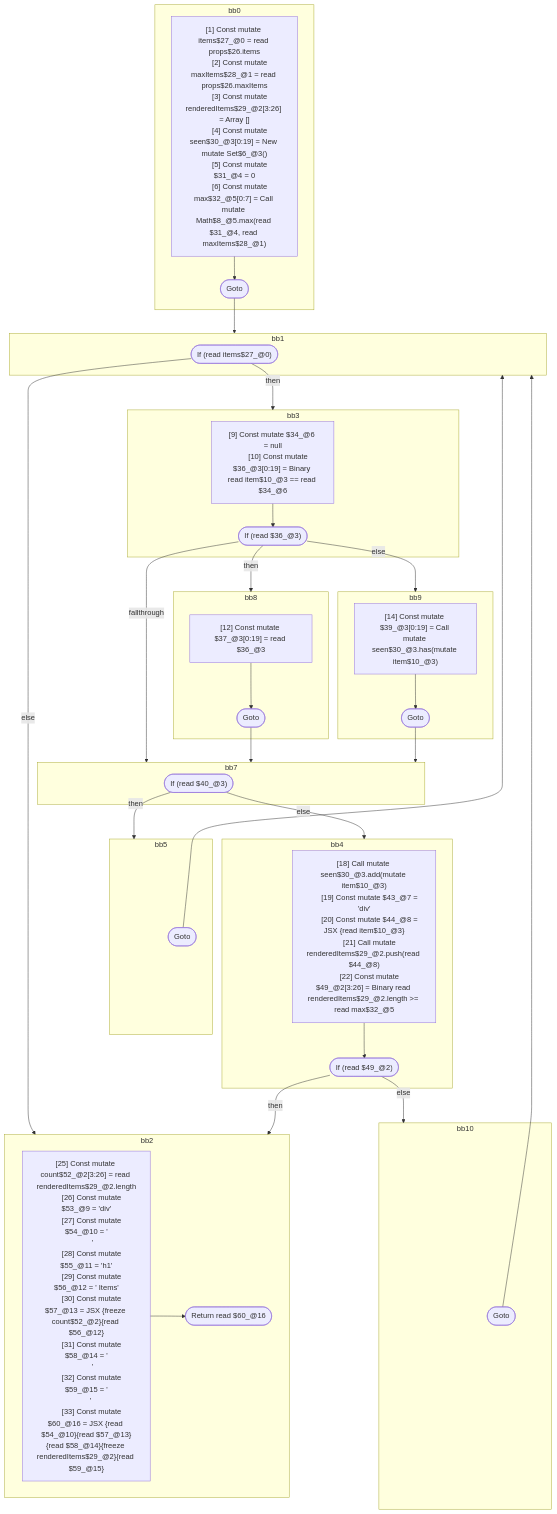
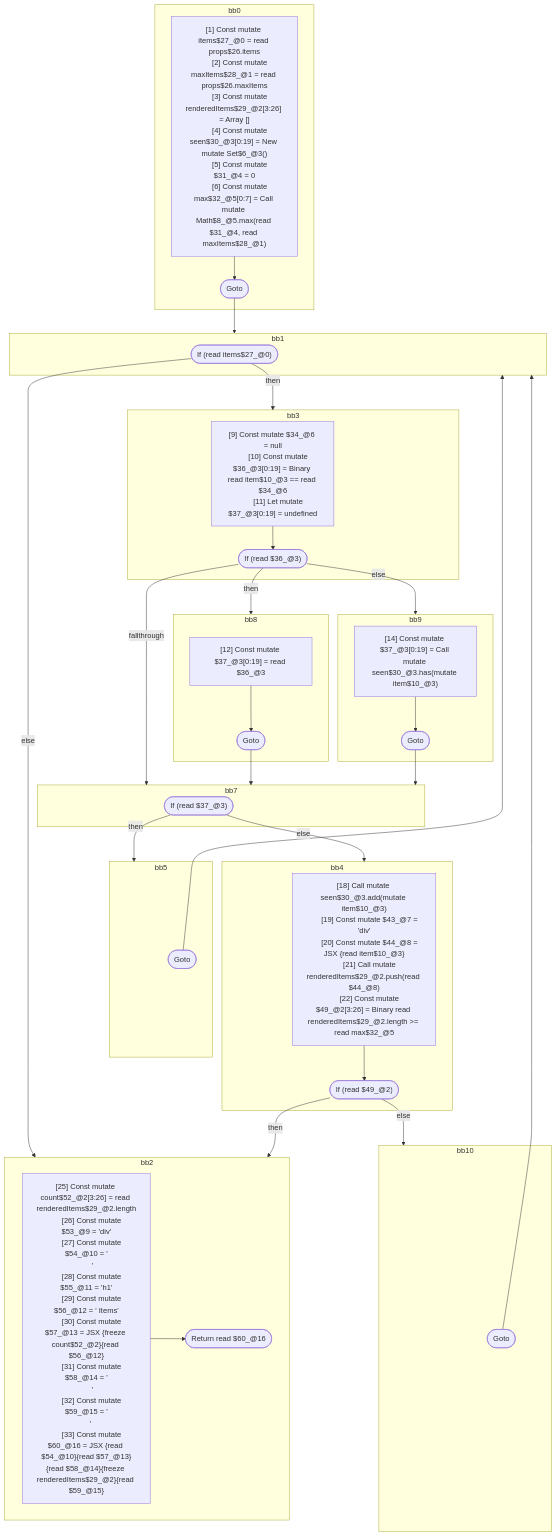
Before and after one commit to wutsmog/private: the diagram in compiler/forget/src/__tests__/fixtures/hir/component.expect.md, drawn with Mermaid. The commit also changed other lines of this file and 61 other files, not shown here.

```diff
--- a/compiler/forget/src/__tests__/fixtures/hir/component.expect.md
+++ b/compiler/forget/src/__tests__/fixtures/hir/component.expect.md
@@ -117,6 +117,7 @@
     bb3_instrs["
       [9] Const mutate $34_@6 = null
       [10] Const mutate $36_@3[0:19] = Binary read item$10_@3 == read $34_@6
+      [11] Let mutate $37_@3[0:19] = undefined
     "]
     bb3_instrs --> bb3_terminal(["If (read $36_@3)"])
   end
@@ -128,12 +129,12 @@
   end
   subgraph bb9
     bb9_instrs["
-      [14] Const mutate $39_@3[0:19] = Call mutate seen$30_@3.has(mutate item$10_@3)
+      [14] Const mutate $37_@3[0:19] = Call mutate seen$30_@3.has(mutate item$10_@3)
     "]
     bb9_instrs --> bb9_terminal(["Goto"])
   end
   subgraph bb7
-    bb7_terminal(["If (read $40_@3)"])
+    bb7_terminal(["If (read $37_@3)"])
   end
   subgraph bb5
     bb5_terminal(["Goto"])
```
